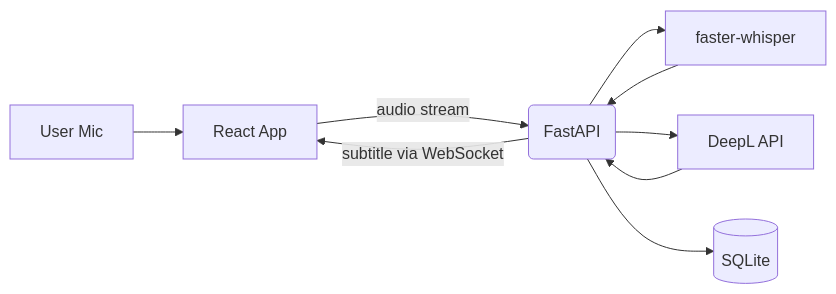
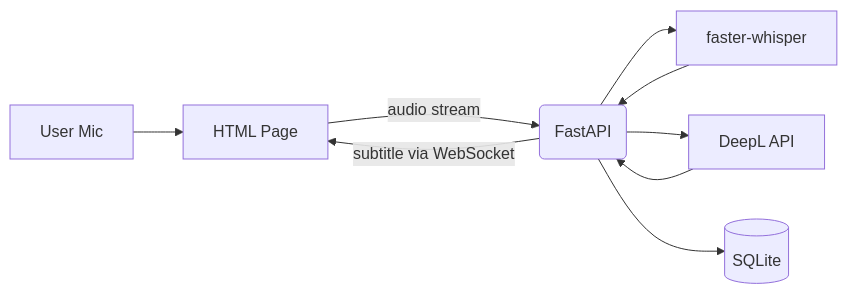
The diagram in dock/architecture.md (kazukiminemura/Bilingual_Live_Translator), drawn with Mermaid before and after one commit. The commit also changed other lines of this file, not shown here.

Commit message:
docs: use plain HTML frontend

````diff
--- a/dock/architecture.md
+++ b/dock/architecture.md
@@ -12,11 +12,11 @@
 ```mermaid
 graph LR
-    A[User Mic] --> B[React App]
+    A[User Mic] --> B[HTML Page]
     B -- audio stream --> C(FastAPI)
     C --> D[faster-whisper]
     D --> C
     C --> E[DeepL API]
     E --> C
     C --> F[(SQLite)]
     C -- subtitle via WebSocket --> B
 ```
````
